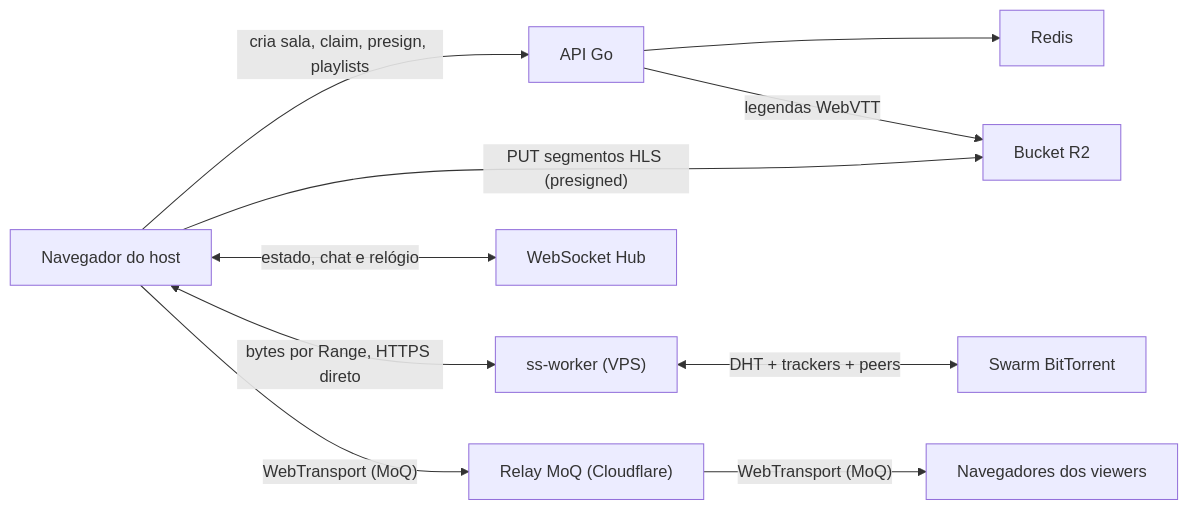
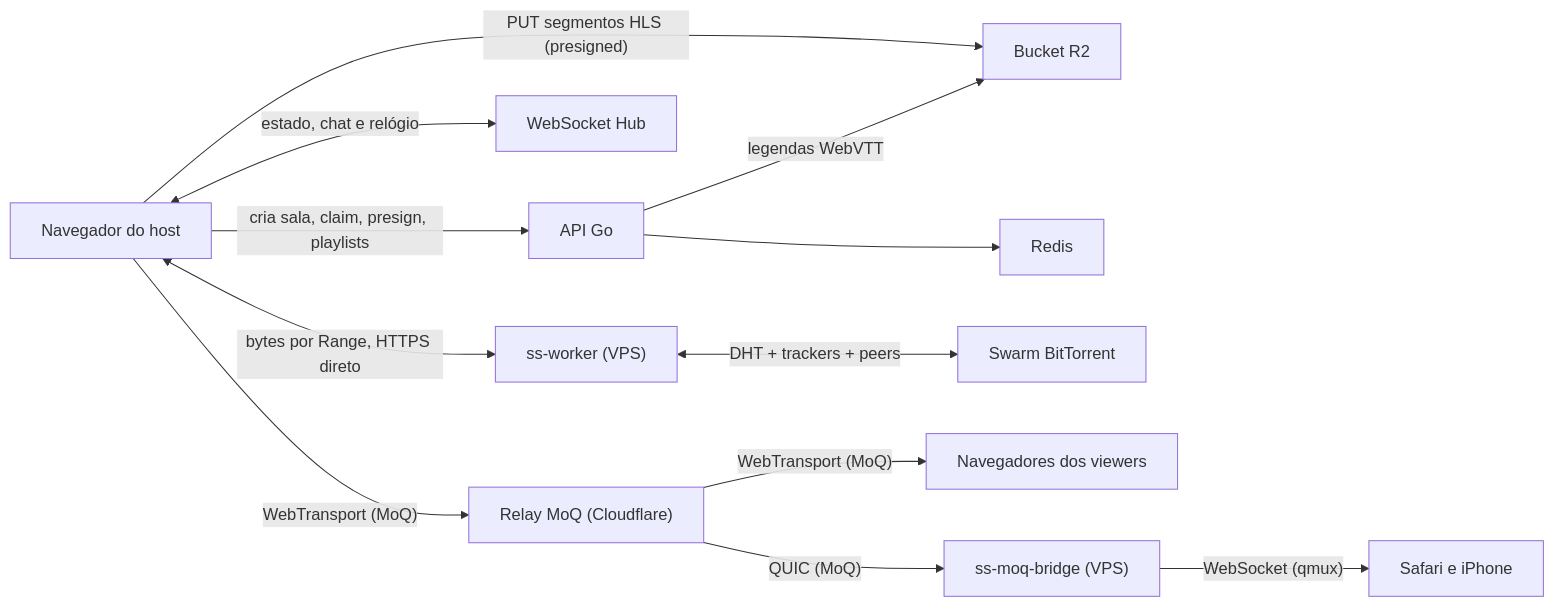
One commit to giulianoo0/juntos.lol changed the diagram in README.md. Above: the diagram before and after it, drawn with Mermaid. The commit also changed other lines of this file and 10 other files, not shown here.

Commit message:
feat: Safari e iPhone assistem telas e lives pelo ss-moq-bridge, que puxa o relay por QUIC e entrega por WebSocket

````diff
--- a/README.md
+++ b/README.md
@@ -28,12 +28,14 @@
 ```mermaid
 flowchart LR
     B["Navegador do host"] -->|"cria sala, claim, presign, playlists"| A["API Go"]
     B -->|"PUT segmentos HLS (presigned)"| O["Bucket R2"]
     B <-->|"estado, chat e relógio"| W["WebSocket Hub"]
     A --> R["Redis"]
     A -->|"legendas WebVTT"| O
     B <-->|"bytes por Range, HTTPS direto"| T["ss-worker (VPS)"]
     T <-->|"DHT + trackers + peers"| P["Swarm BitTorrent"]
     B -->|"WebTransport (MoQ)"| L["Relay MoQ (Cloudflare)"]
     L -->|"WebTransport (MoQ)"| V["Navegadores dos viewers"]
+    L -->|"QUIC (MoQ)"| X["ss-moq-bridge (VPS)"]
+    X -->|"WebSocket (qmux)"| S["Safari e iPhone"]
 ```
````
